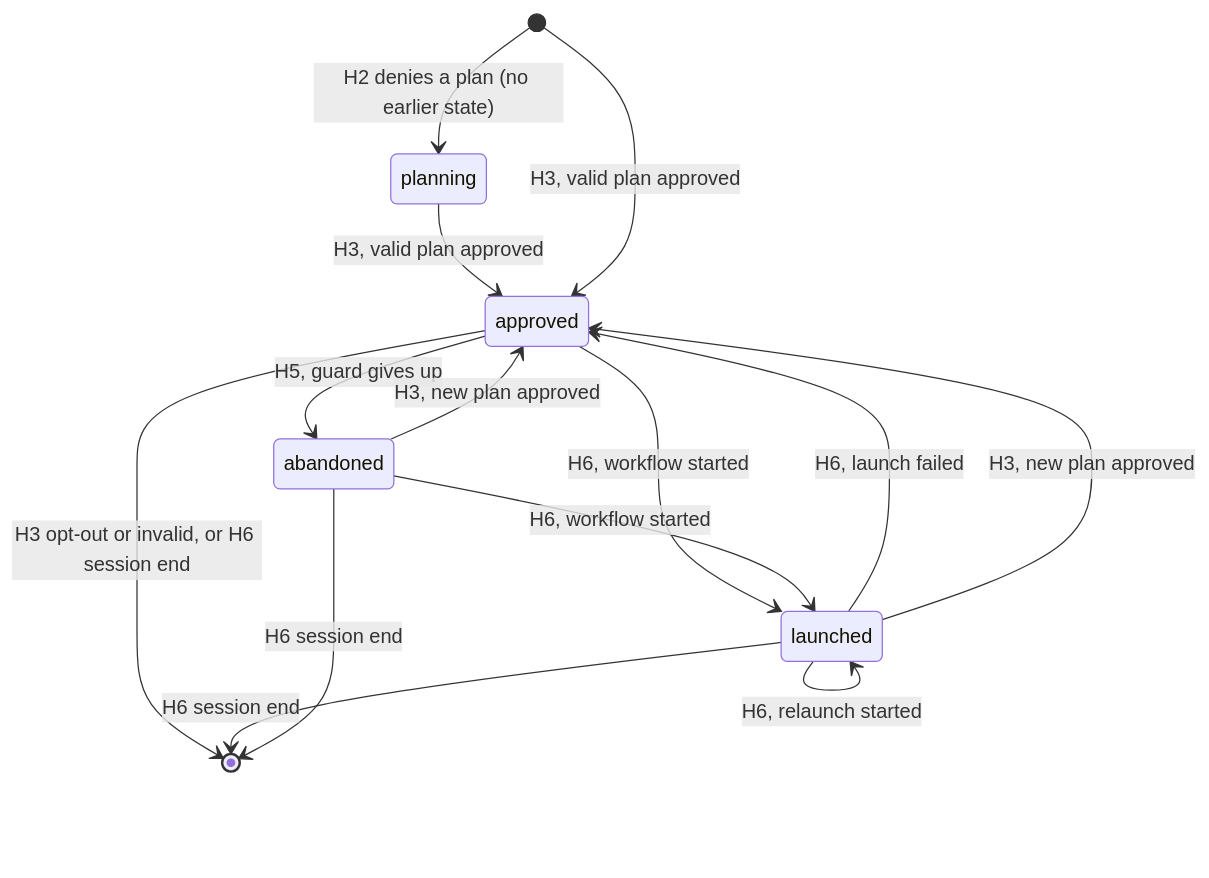
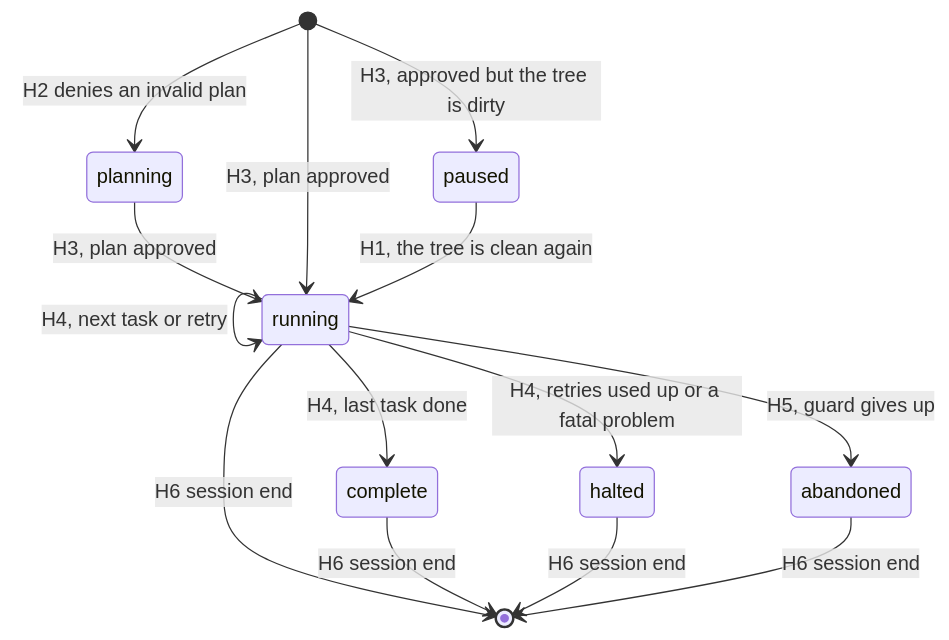
One commit to timschreiber/claude-plugins changed the second of 2 diagrams in docs/planandtier/planandtier-reference.md. Above: the diagram before and after it, drawn with Mermaid. The commit also changed other lines of this file and 5 other files, not shown here.

````diff
--- a/docs/planandtier/planandtier-reference.md
+++ b/docs/planandtier/planandtier-reference.md
@@ -474,16 +583,16 @@
 ```mermaid
 stateDiagram-v2
-    [*] --> planning: H2 denies a plan (no earlier state)
-    planning --> approved: H3, valid plan approved
-    [*] --> approved: H3, valid plan approved
-    approved --> launched: H6, workflow started
-    launched --> launched: H6, relaunch started
-    launched --> approved: H6, launch failed
-    approved --> abandoned: H5, guard gives up
-    abandoned --> launched: H6, workflow started
-    abandoned --> approved: H3, new plan approved
-    launched --> approved: H3, new plan approved
-    approved --> [*]: H3 opt-out or invalid, or H6 session end
-    launched --> [*]: H6 session end
+    [*] --> planning: H2 denies an invalid plan
+    planning --> running: H3, plan approved
+    [*] --> running: H3, plan approved
+    [*] --> paused: H3, approved but the tree is dirty
+    paused --> running: H1, the tree is clean again
+    running --> running: H4, next task or retry
+    running --> complete: H4, last task done
+    running --> halted: H4, retries used up or a fatal problem
+    running --> abandoned: H5, guard gives up
+    running --> [*]: H6 session end
+    complete --> [*]: H6 session end
+    halted --> [*]: H6 session end
     abandoned --> [*]: H6 session end
 ```
````
